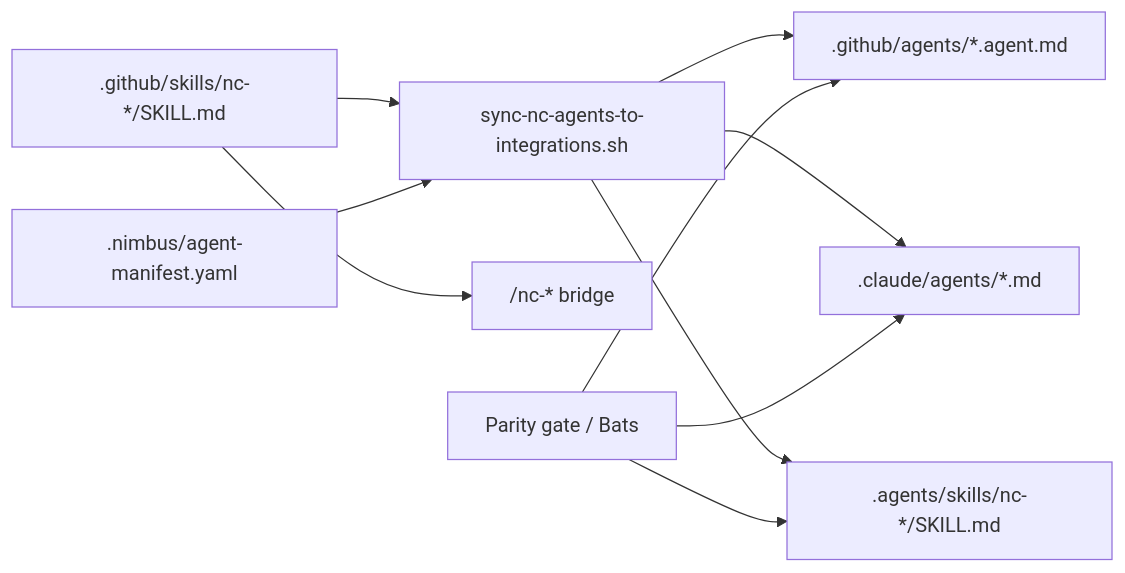
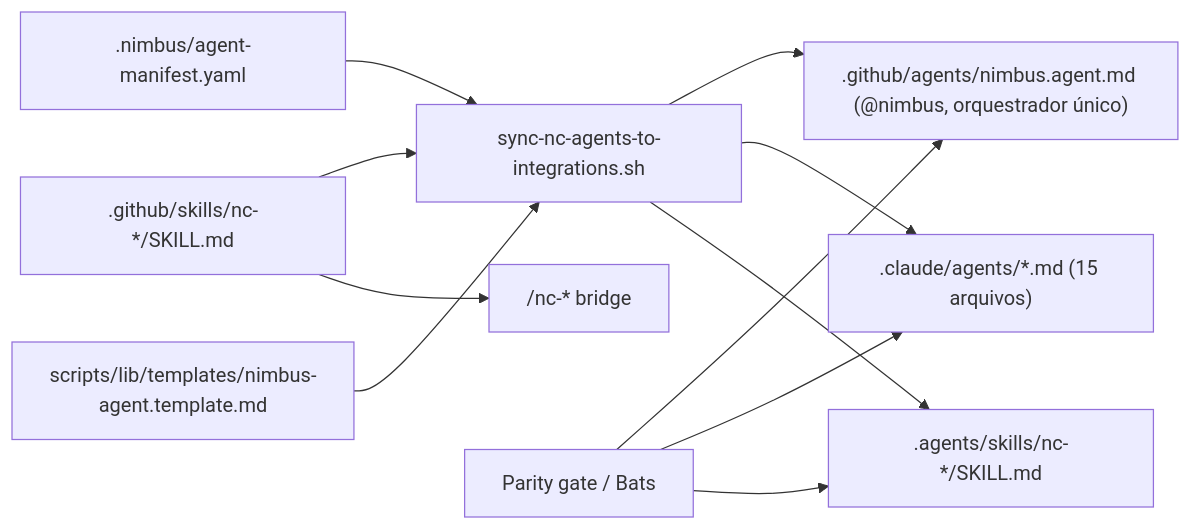
Before and after one commit to lrodriguesvpn/nimbus-code: the first of 2 diagrams in specs/025-native-nc-agents/graph.md, drawn with Mermaid. The commit also changed 55 other files, not shown here.

````diff
--- a/specs/025-native-nc-agents/graph.md
+++ b/specs/025-native-nc-agents/graph.md
@@ -5,12 +5,13 @@
 ```mermaid
 graph LR
   source[".github/skills/nc-*/SKILL.md"] --> generator["sync-nc-agents-to-integrations.sh"]
   manifest[".nimbus/agent-manifest.yaml"] --> generator
-  generator --> vscode[".github/agents/*.agent.md"]
-  generator --> claude[".claude/agents/*.md"]
+  template["scripts/lib/templates/nimbus-agent.template.md"] --> generator
+  generator --> vscode[".github/agents/nimbus.agent.md (@nimbus, orquestrador único)"]
+  generator --> claude[".claude/agents/*.md (15 arquivos)"]
   generator --> agy[".agents/skills/nc-*/SKILL.md"]
   source --> bridge["/nc-* bridge"]
   parity["Parity gate / Bats"] --> vscode
   parity --> claude
   parity --> agy
 ```
````
